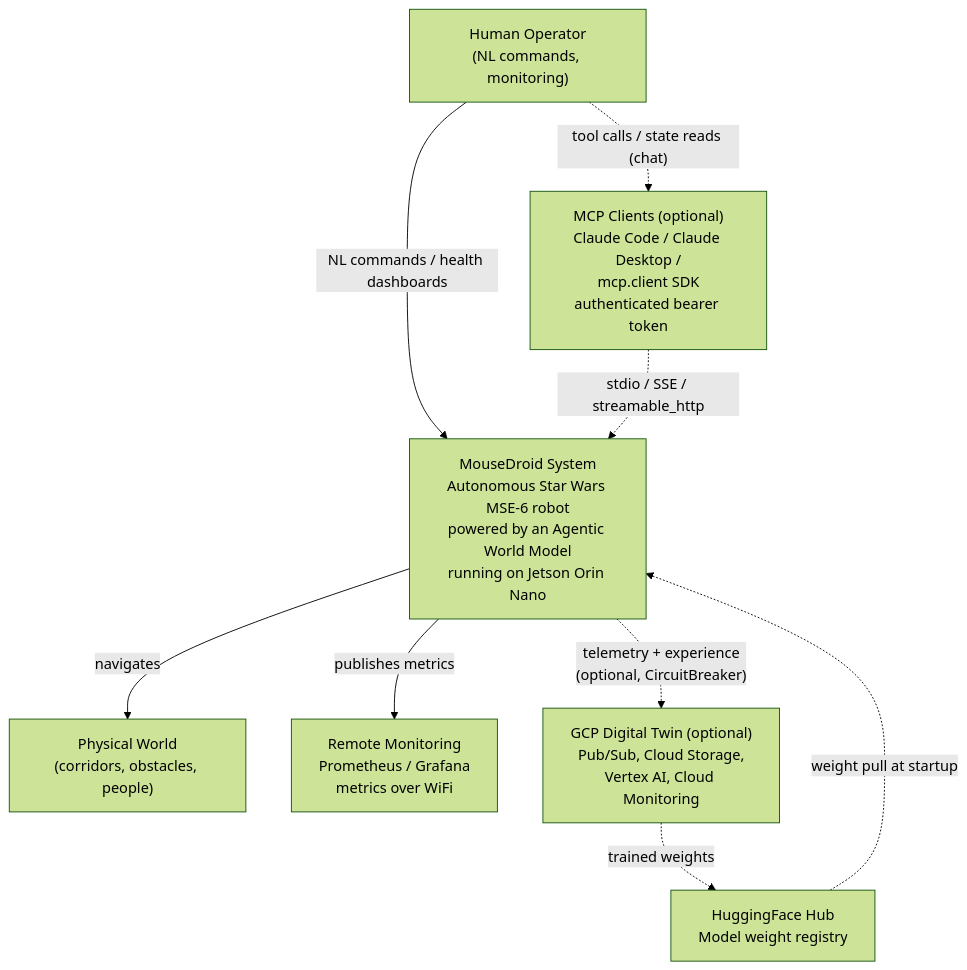
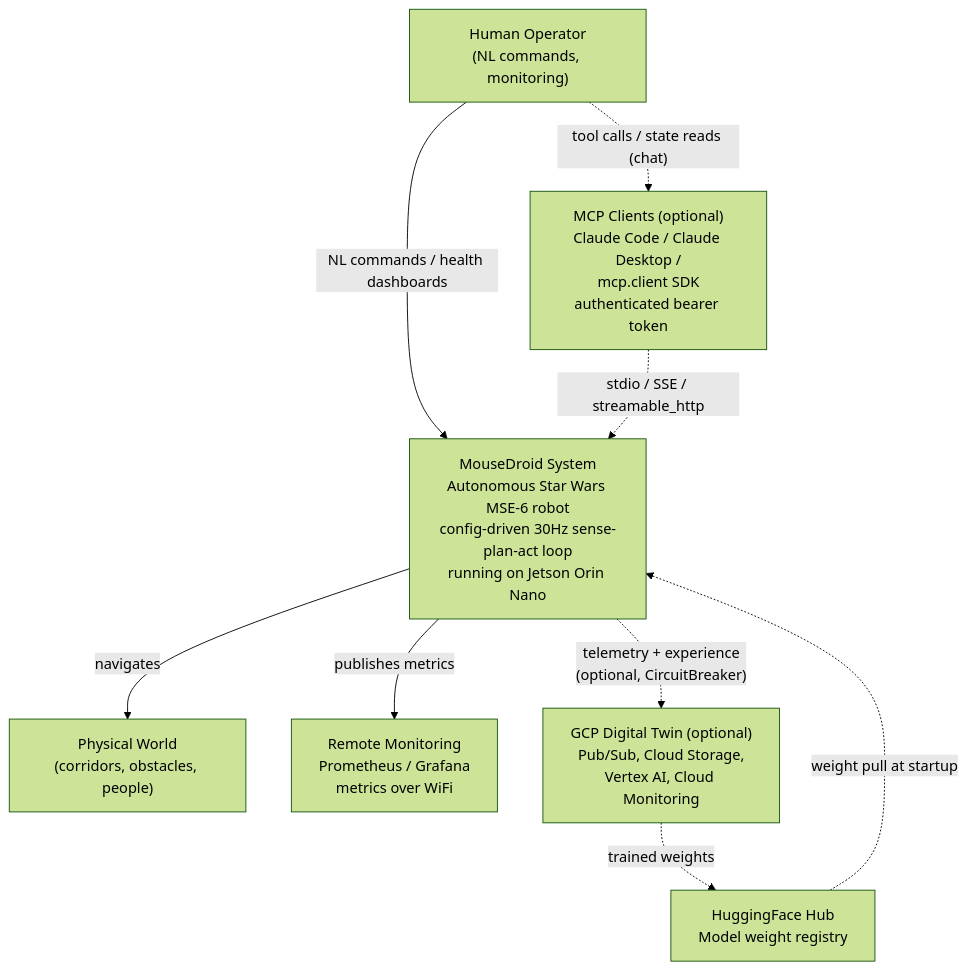
One commit to ianshank/Mouse-Droid-AGI changed the first of 21 diagrams in docs/architecture.md. Above: the diagram before and after it, drawn with Mermaid (forest theme). The commit also changed other lines of this file and 78 other files, not shown here.

````diff
--- a/docs/architecture.md
+++ b/docs/architecture.md
@@ -15,19 +15,19 @@
 ```mermaid
 graph TD
     HumanOp["Human Operator\n(NL commands, monitoring)"]
-    System["MouseDroid System\nAutonomous Star Wars MSE-6 robot\npowered by an Agentic World Model\nrunning on Jetson Orin Nano"]
+    System["MouseDroid System\nAutonomous Star Wars MSE-6 robot\nconfig-driven 30Hz sense-plan-act loop\nrunning on Jetson Orin Nano"]
     PhysWorld["Physical World\n(corridors, obstacles, people)"]
     RemoteMonitor["Remote Monitoring\nPrometheus / Grafana\nmetrics over WiFi"]
     MCPClient["MCP Clients (optional)\nClaude Code / Claude Desktop /\nmcp.client SDK\nauthenticated bearer token"]
     GCPCloud["GCP Digital Twin (optional)\nPub/Sub, Cloud Storage,\nVertex AI, Cloud Monitoring"]
     HFHub["HuggingFace Hub\nModel weight registry"]
 
     HumanOp -- "NL commands / health dashboards" --> System
     HumanOp -. "tool calls / state reads (chat)" .-> MCPClient
     MCPClient -. "stdio / SSE / streamable_http" .-> System
     System -- "navigates" --> PhysWorld
     System -- "publishes metrics" --> RemoteMonitor
     System -. "telemetry + experience\n(optional, CircuitBreaker)" .-> GCPCloud
     GCPCloud -. "trained weights" .-> HFHub
     HFHub -. "weight pull at startup" .-> System
 ```
````
